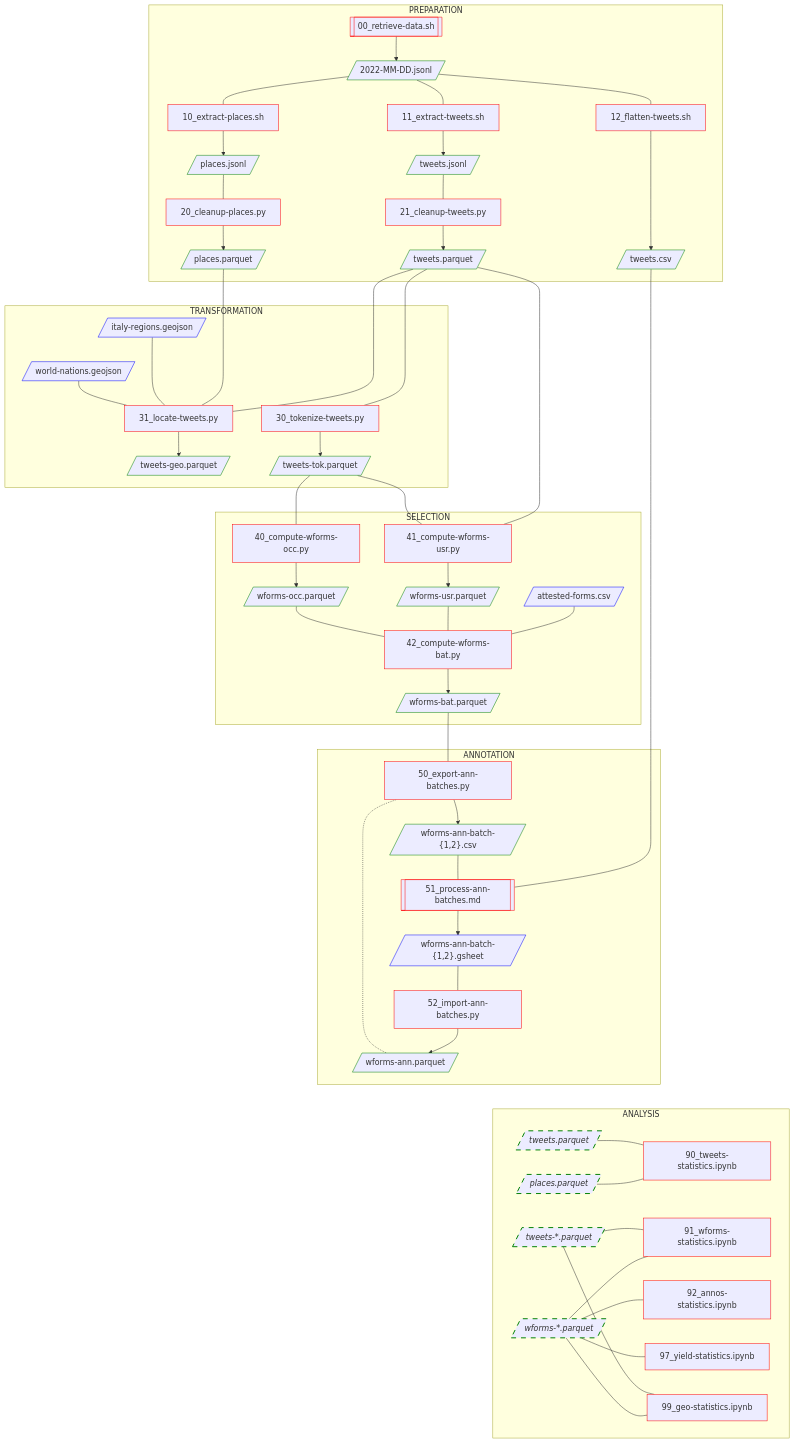
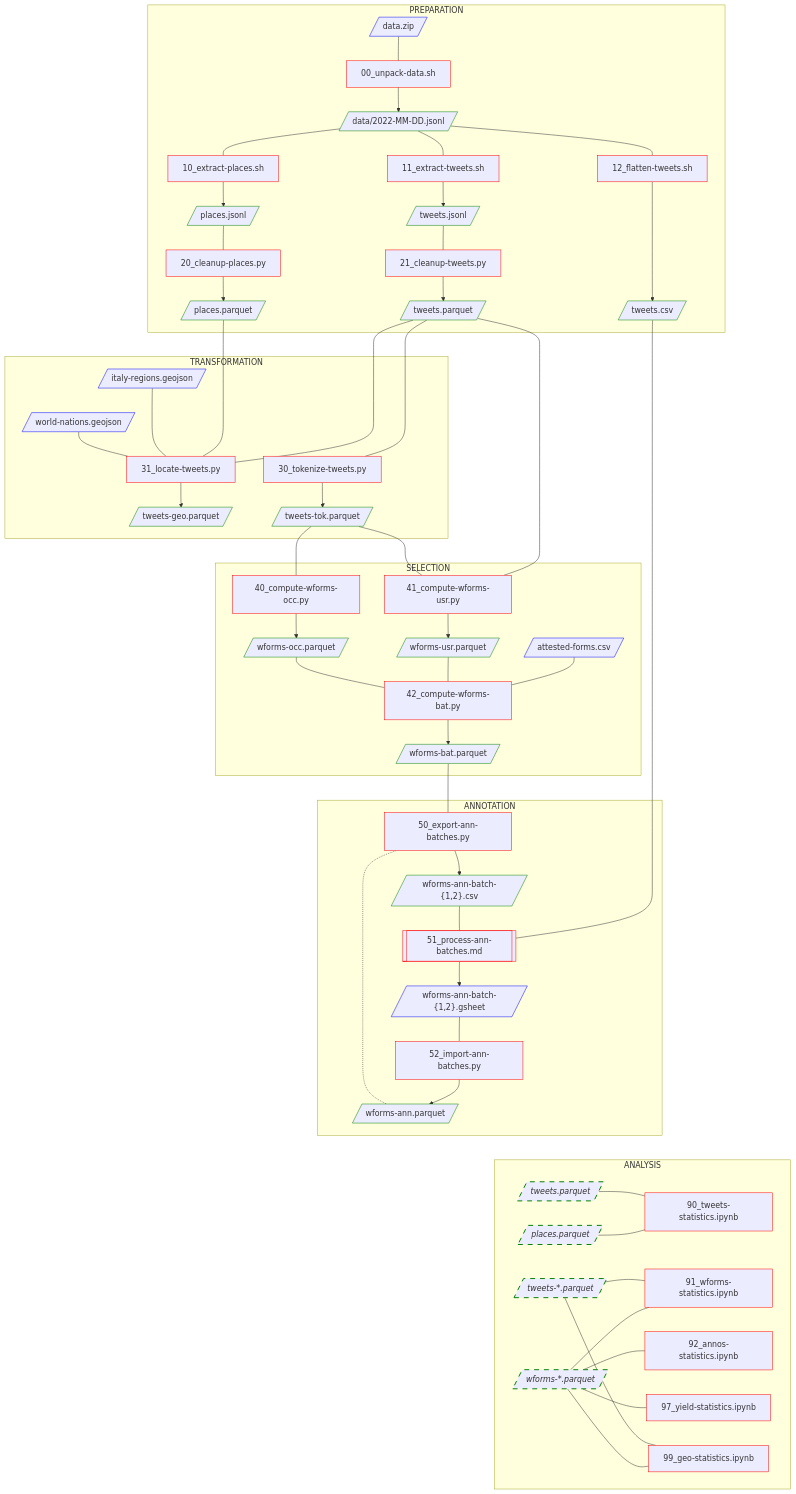
One commit to breviloquia-italica/pipeline changed the diagram in README.md. Above: the diagram before and after it, drawn with Mermaid. The commit also changed 1 other file, not shown here.

Commit message:
Clean up preparation stage

```diff
--- a/README.md
+++ b/README.md
@@ -5,20 +5,22 @@
 
 subgraph P1 [PREPARATION]
 
-00[[00_retrieve-data.sh]]:::code;
+00[00_unpack-data.sh]:::code;
 10[10_extract-places.sh]:::code;
 11[11_extract-tweets.sh]:::code;
 12[12_flatten-tweets.sh]:::code;
 20[20_cleanup-places.py]:::code;
 21[21_cleanup-tweets.py]:::code;
 
-2022-MM-DD.jsonl[/2022-MM-DD.jsonl/]:::data;
+data.zip[/data.zip/]:::extdata;
+2022-MM-DD.jsonl[/data/2022-MM-DD.jsonl/]:::data;
 places.jsonl[/places.jsonl/]:::data;
 places.parquet[/places.parquet/]:::data;
 tweets.jsonl[/tweets.jsonl/]:::data;
 tweets.parquet[/tweets.parquet/]:::data;
 tweets.csv[/tweets.csv/]:::data;
 
+data.zip --- 00;
 00 --> 2022-MM-DD.jsonl;
 
 2022-MM-DD.jsonl --- 10 --> places.jsonl;
```
